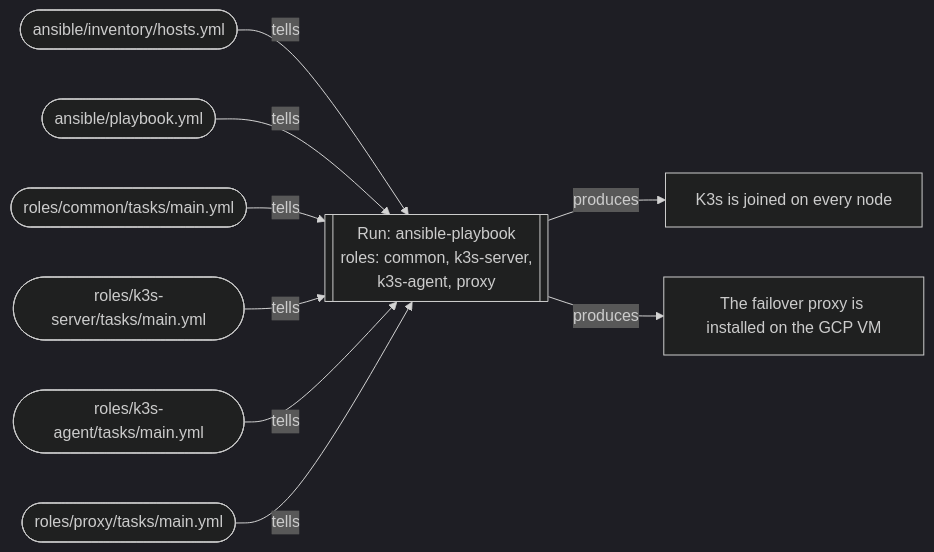
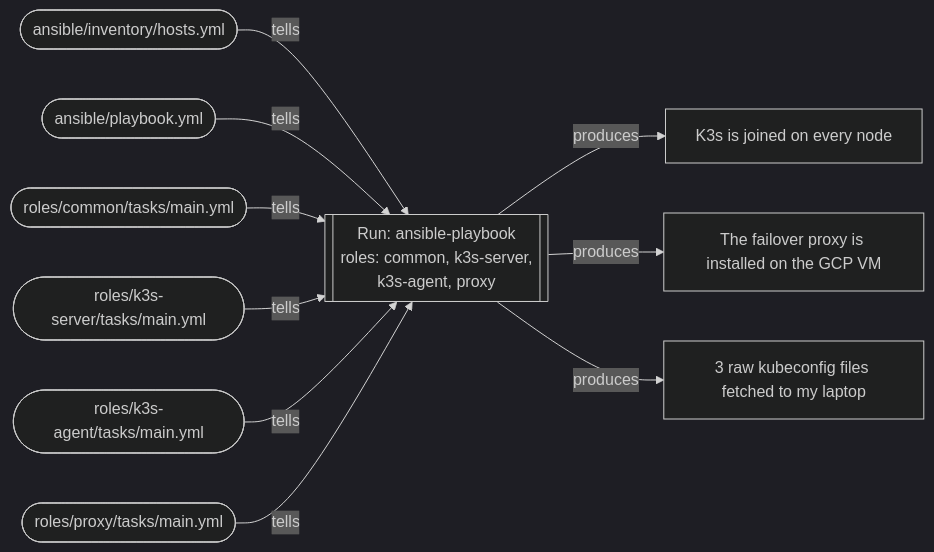
One commit to Dennis4507/cloud-native-ha-platform changed the third of 5 diagrams in README.md. Above: the diagram before and after it, drawn with Mermaid (dark theme). The commit also changed other lines of this file, not shown here.

First line of the commit message:
Close the kubeconfig gap between Phase 2 and Phase 3

````diff
--- a/README.md
+++ b/README.md
@@ -87,11 +87,12 @@
 ```mermaid
 flowchart LR
     HOSTS(["ansible/inventory/hosts.yml"]) -->|tells| CMD3[["Run: ansible-playbook<br/>roles: common, k3s-server,<br/>k3s-agent, proxy"]]
     PLAY(["ansible/playbook.yml"]) -->|tells| CMD3
     COMMON(["roles/common/tasks/main.yml"]) -->|tells| CMD3
     K3SSRV(["roles/k3s-server/tasks/main.yml"]) -->|tells| CMD3
     K3SAGT(["roles/k3s-agent/tasks/main.yml"]) -->|tells| CMD3
     PROXY(["roles/proxy/tasks/main.yml"]) -->|tells| CMD3
     CMD3 -->|produces| OUT3A["K3s is joined on every node"]
     CMD3 -->|produces| OUT3B["The failover proxy is installed on the GCP VM"]
+    CMD3 -->|produces| OUT3C["3 raw kubeconfig files fetched to my laptop"]
 ```
````
